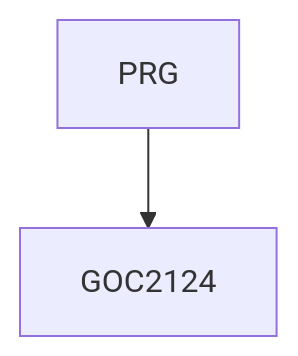
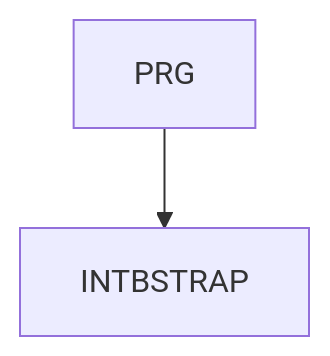
The diagram in INTBSTRAP CZ.md (mbradic/gopas-osnovy), drawn with Mermaid before and after one commit. The commit also changed 6 other files, not shown here.

````diff
--- a/INTBSTRAP CZ.md
+++ b/INTBSTRAP CZ.md
@@ -7,4 +7,4 @@
 ```mermaid
 graph TD
-    PRG --> GOC2124
+    PRG --> INTBSTRAP
 ```
````
